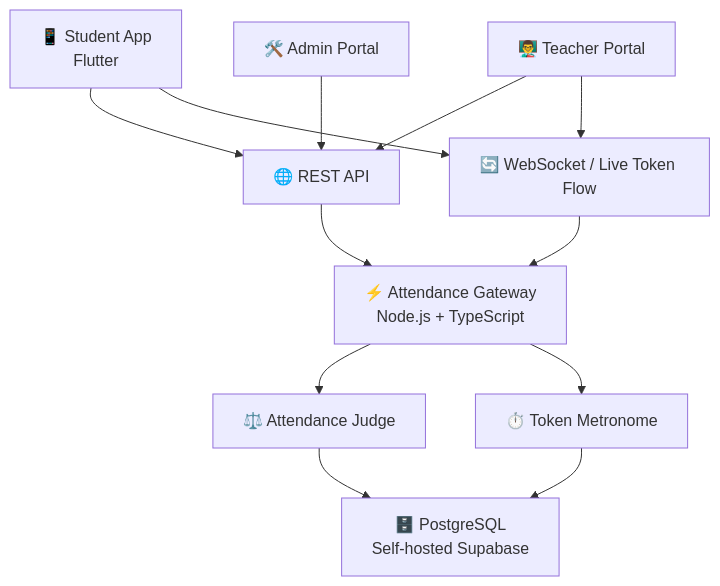
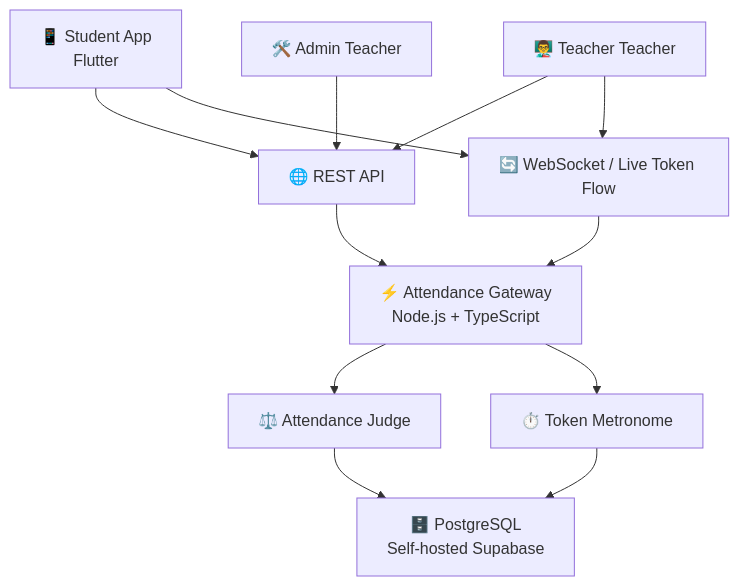
One commit to tirth-patel29/attendx-noproxy changed the first of 4 diagrams in README.md. Above: the diagram before and after it, drawn with Mermaid. The commit also changed other lines of this file and 274 other files, not shown here.

Commit message:
chore: rename portal to teacher and upgrade swagger UI

````diff
--- a/README.md
+++ b/README.md
@@ -94,30 +94,30 @@
 ```mermaid
 flowchart TB
     Student["📱 Student App<br/>Flutter"]
-    Teacher["👨‍🏫 Teacher Portal"]
-    Admin["🛠️ Admin Portal"]
+    Teacher["👨‍🏫 Teacher Teacher"]
+    Admin["🛠️ Admin Teacher"]
 
     Gateway["⚡ Attendance Gateway<br/>Node.js + TypeScript"]
 
     REST["🌐 REST API"]
     WS["🔄 WebSocket / Live Token Flow"]
     Judge["⚖️ Attendance Judge"]
     Metronome["⏱️ Token Metronome"]
 
     DB["🗄️ PostgreSQL<br/>Self-hosted Supabase"]
 
     Student --> REST
     Student --> WS
     Teacher --> REST
     Teacher --> WS
     Admin --> REST
 
     REST --> Gateway
     WS --> Gateway
 
     Gateway --> Judge
     Gateway --> Metronome
 
     Judge --> DB
     Metronome --> DB
 ```
````
